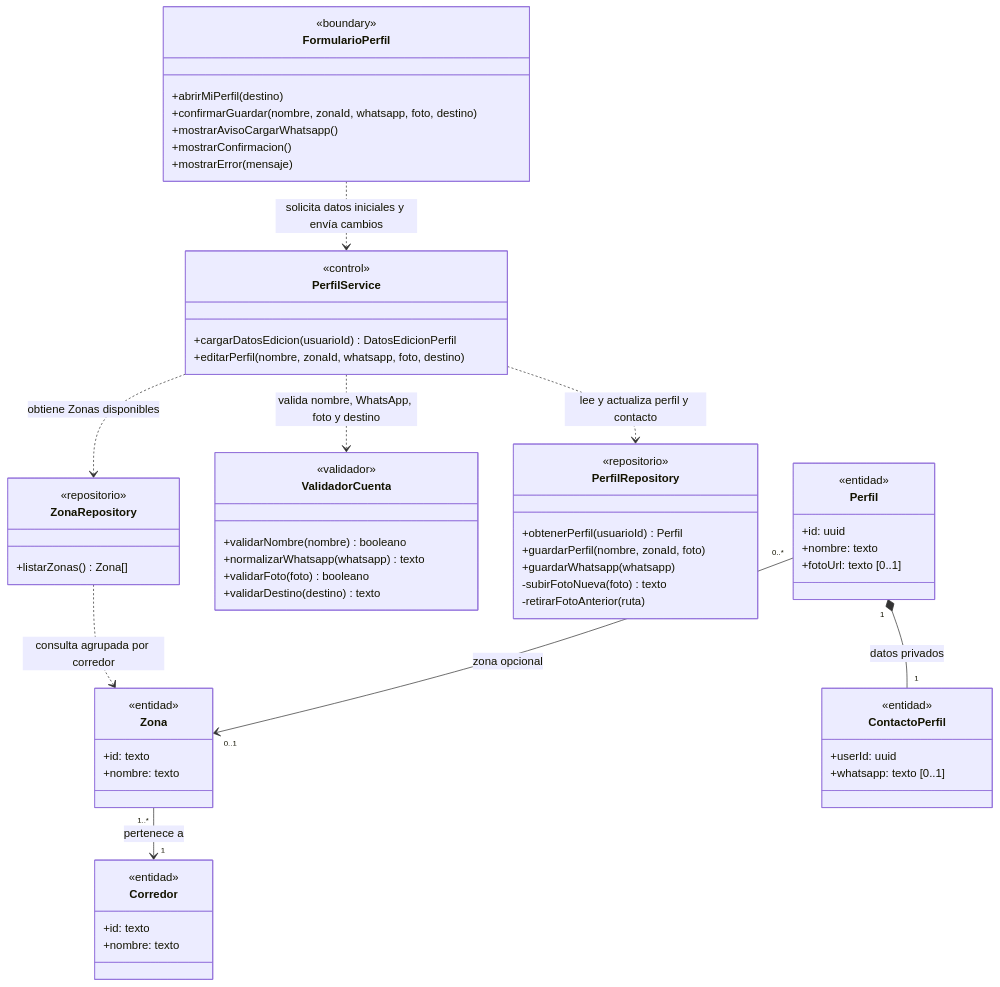
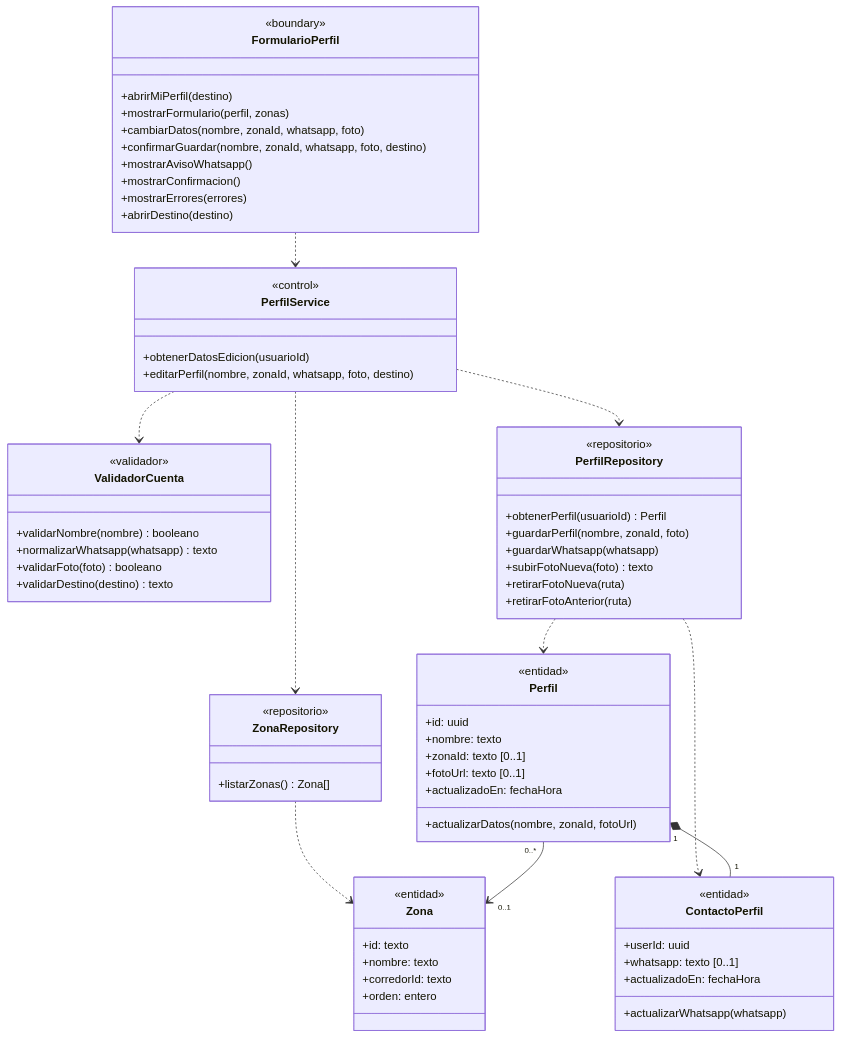
Before and after one commit to nicqletal/torneos-scraper: the sixth of 7 diagrams in docs/diagramas-de-clase/cuenta-y-acceso.md, drawn with Mermaid. The commit also changed other lines of this file and 13 other files, not shown here.

````diff
--- a/docs/diagramas-de-clase/cuenta-y-acceso.md
+++ b/docs/diagramas-de-clase/cuenta-y-acceso.md
@@ -306,65 +347,71 @@
 ```mermaid
 classDiagram
-direction TB
 class FormularioPerfil {
   <<boundary>>
   +abrirMiPerfil(destino)
+  +mostrarFormulario(perfil, zonas)
+  +cambiarDatos(nombre, zonaId, whatsapp, foto)
   +confirmarGuardar(nombre, zonaId, whatsapp, foto, destino)
-  +mostrarAvisoCargarWhatsapp()
+  +mostrarAvisoWhatsapp()
   +mostrarConfirmacion()
-  +mostrarError(mensaje)
+  +mostrarErrores(errores)
+  +abrirDestino(destino)
 }
 class PerfilService {
   <<control>>
-  +cargarDatosEdicion(usuarioId) DatosEdicionPerfil
+  +obtenerDatosEdicion(usuarioId)
   +editarPerfil(nombre, zonaId, whatsapp, foto, destino)
 }
 class ValidadorCuenta {
   <<validador>>
   +validarNombre(nombre) booleano
   +normalizarWhatsapp(whatsapp) texto
   +validarFoto(foto) booleano
   +validarDestino(destino) texto
 }
 class ZonaRepository {
   <<repositorio>>
   +listarZonas() Zona[]
 }
 class PerfilRepository {
   <<repositorio>>
   +obtenerPerfil(usuarioId) Perfil
   +guardarPerfil(nombre, zonaId, foto)
   +guardarWhatsapp(whatsapp)
-  -subirFotoNueva(foto) texto
-  -retirarFotoAnterior(ruta)
+  +subirFotoNueva(foto) texto
+  +retirarFotoNueva(ruta)
+  +retirarFotoAnterior(ruta)
 }
 class Perfil {
   <<entidad>>
   +id: uuid
   +nombre: texto
+  +zonaId: texto [0..1]
   +fotoUrl: texto [0..1]
+  +actualizadoEn: fechaHora
+  +actualizarDatos(nombre, zonaId, fotoUrl)
 }
 class ContactoPerfil {
   <<entidad>>
   +userId: uuid
   +whatsapp: texto [0..1]
+  +actualizadoEn: fechaHora
+  +actualizarWhatsapp(whatsapp)
 }
 class Zona {
   <<entidad>>
   +id: texto
   +nombre: texto
+  +corredorId: texto
+  +orden: entero
 }
-class Corredor {
-  <<entidad>>
-  +id: texto
-  +nombre: texto
-}
-FormularioPerfil ..> PerfilService : solicita datos iniciales y envía cambios
-PerfilService ..> ZonaRepository : obtiene Zonas disponibles
-PerfilService ..> ValidadorCuenta : valida nombre, WhatsApp, foto y destino
-PerfilService ..> PerfilRepository : lee y actualiza perfil y contacto
-ZonaRepository ..> Zona : consulta agrupada por corredor
-Zona "1..*" --> "1" Corredor : pertenece a
-Perfil "0..*" --> "0..1" Zona : zona opcional
-Perfil "1" *-- "1" ContactoPerfil : datos privados
+FormularioPerfil ..> PerfilService
+PerfilService ..> ZonaRepository
+PerfilService ..> ValidadorCuenta
+PerfilService ..> PerfilRepository
+PerfilRepository ..> Perfil
+PerfilRepository ..> ContactoPerfil
+ZonaRepository ..> Zona
+Perfil "1" *-- "1" ContactoPerfil
+Perfil "0..*" --> "0..1" Zona
 ```
````
